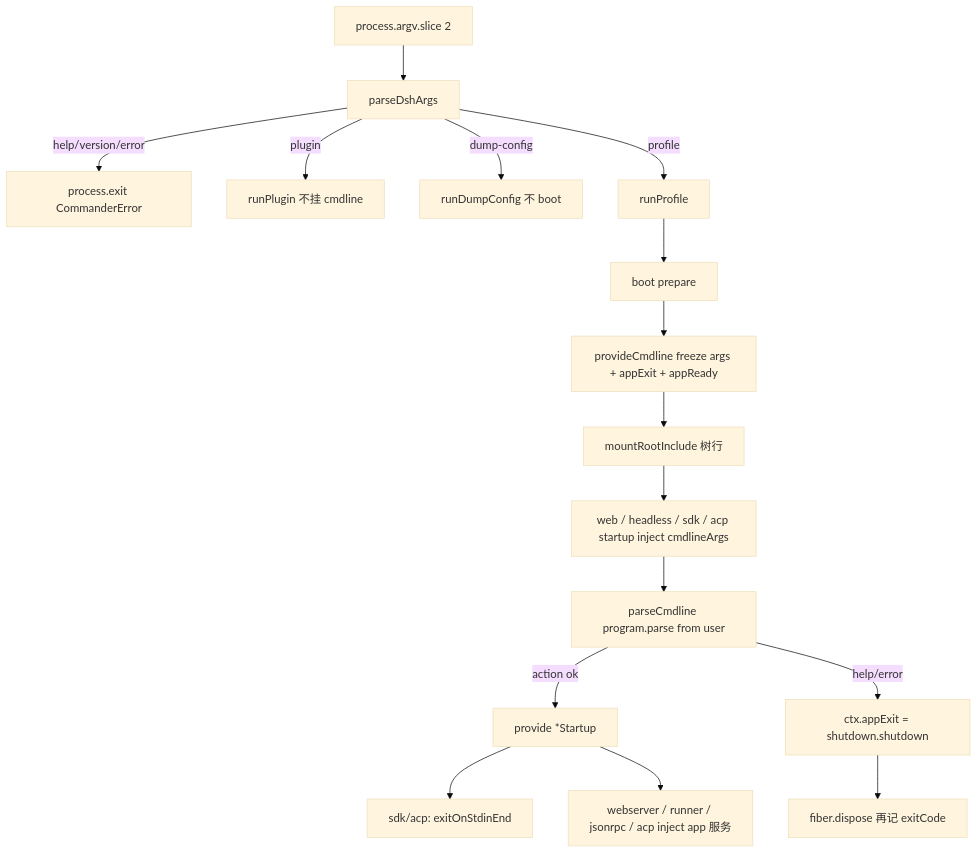
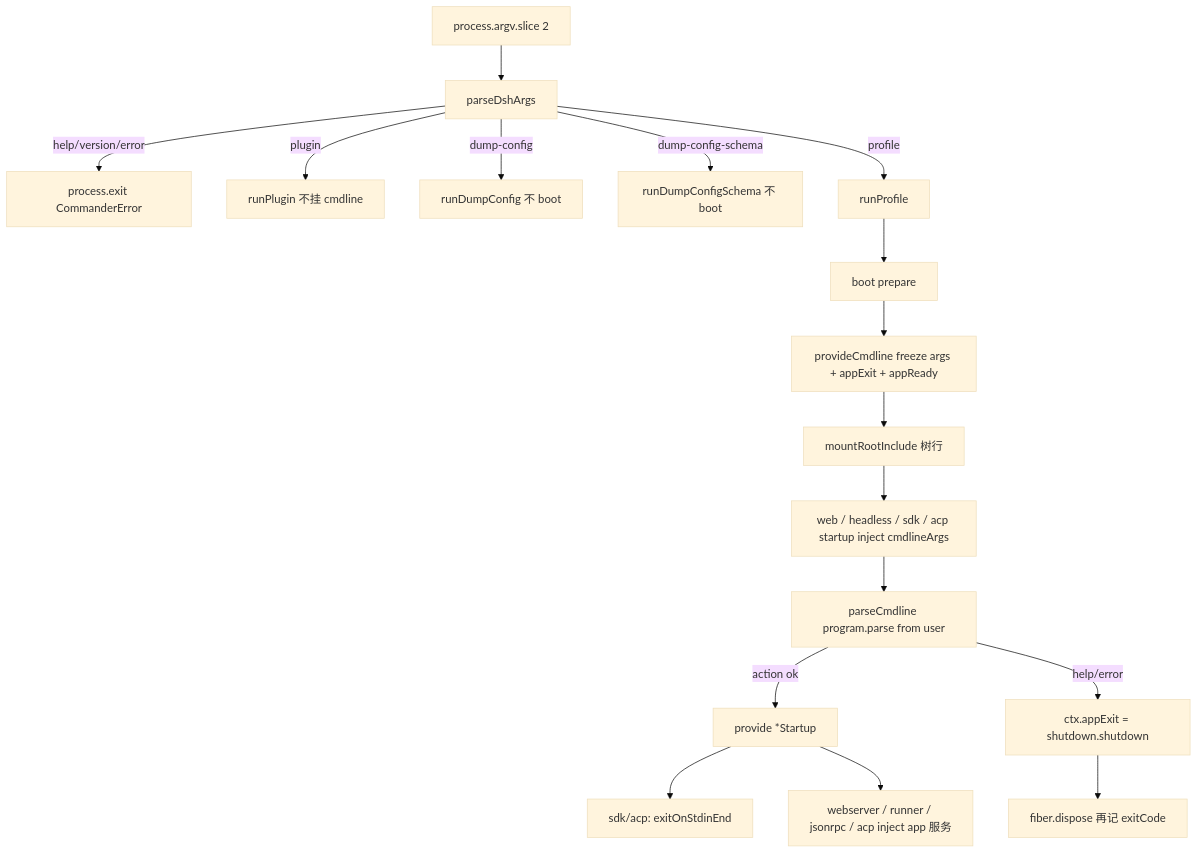
One commit to wdnmdtonyma/SOTA-Agent-LLM-Wiki changed the diagram in docs/llm-wiki/deepseek-harness/subsystems/composition/cmdline.md. Above: the diagram before and after it, drawn with Mermaid (base theme). The commit also changed other lines of this file and 237 other files, not shown here.

````diff
--- a/docs/llm-wiki/deepseek-harness/subsystems/composition/cmdline.md
+++ b/docs/llm-wiki/deepseek-harness/subsystems/composition/cmdline.md
@@ -133,18 +134,19 @@
 ```mermaid
 flowchart TD
   Argv["process.argv.slice 2"] --> Parse["parseDshArgs"]
   Parse -->|help/version/error| LExit["process.exit CommanderError"]
   Parse -->|plugin| Pnpm["runPlugin 不挂 cmdline"]
   Parse -->|dump-config| Dump["runDumpConfig 不 boot"]
+  Parse -->|dump-config-schema| DumpSchema["runDumpConfigSchema 不 boot"]
   Parse -->|profile| Run["runProfile"]
   Run --> Boot["boot prepare"]
   Boot --> Provide["provideCmdline freeze args + appExit + appReady"]
   Provide --> Mount["mountRootInclude 树行"]
   Mount --> Startup["web / headless / sdk / acp startup inject cmdlineArgs"]
   Startup --> ParseApp["parseCmdline program.parse from user"]
   ParseApp -->|action ok| Pub["provide *Startup"]
   ParseApp -->|help/error| AppExit["ctx.appExit = shutdown.shutdown"]
   Pub --> Stdio["sdk/acp: exitOnStdinEnd"]
   Pub --> Consumer["webserver / runner / jsonrpc / acp inject app 服务"]
   AppExit --> Dispose["fiber.dispose 再记 exitCode"]
 ```
````
